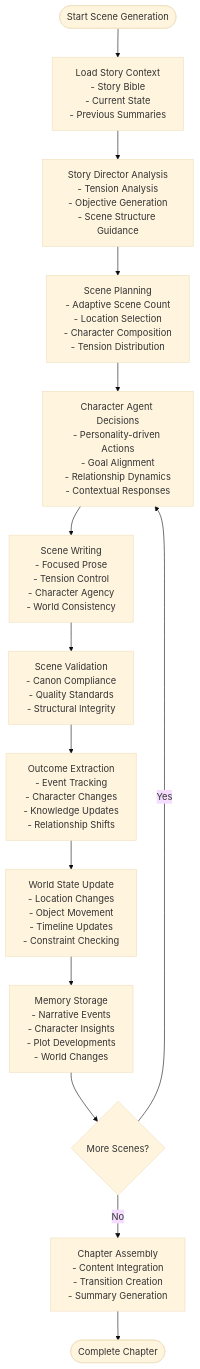
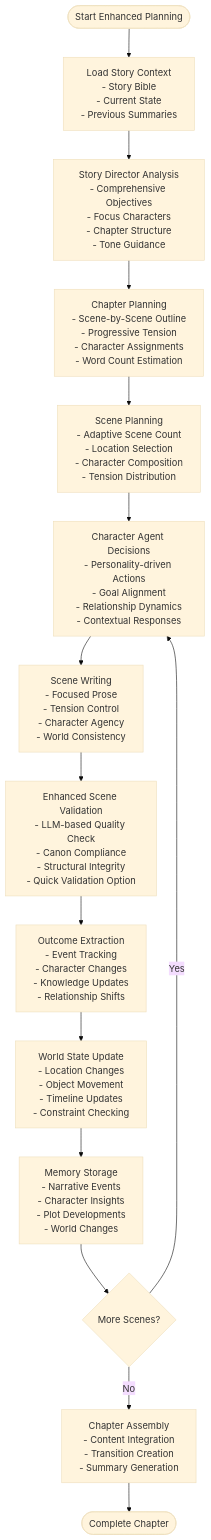
Diagram 11 of 14 in .qoder/repowiki/en/content/AI Agent System/Enhanced Scene Planning System.md (liwonder/NARRITIVE_OS), drawn with Mermaid (base theme) before and after one commit. The commit also changed other lines of this file and 14 other files, not shown here.

First line of the commit message:
docs: update scene planning, writing, and CLI docs

````diff
--- a/.qoder/repowiki/en/content/AI Agent System/Enhanced Scene Planning System.md
+++ b/.qoder/repowiki/en/content/AI Agent System/Enhanced Scene Planning System.md
@@ -352,16 +511,17 @@
 ```mermaid
 flowchart TD
-Start([Start Scene Generation]) --> LoadContext["Load Story Context<br/>- Story Bible<br/>- Current State<br/>- Previous Summaries"]
-LoadContext --> DirectorDirection["Story Director Analysis<br/>- Tension Analysis<br/>- Objective Generation<br/>- Scene Structure Guidance"]
-DirectorDirection --> ScenePlanning["Scene Planning<br/>- Adaptive Scene Count<br/>- Location Selection<br/>- Character Composition<br/>- Tension Distribution"]
+Start([Start Enhanced Planning]) --> LoadContext["Load Story Context<br/>- Story Bible<br/>- Current State<br/>- Previous Summaries"]
+LoadContext --> DirectorDirection["Story Director Analysis<br/>- Comprehensive Objectives<br/>- Focus Characters<br/>- Chapter Structure<br/>- Tone Guidance"]
+DirectorDirection --> ChapterPlanning["Chapter Planning<br/>- Scene-by-Scene Outline<br/>- Progressive Tension<br/>- Character Assignments<br/>- Word Count Estimation"]
+ChapterPlanning --> ScenePlanning["Scene Planning<br/>- Adaptive Scene Count<br/>- Location Selection<br/>- Character Composition<br/>- Tension Distribution"]
 ScenePlanning --> CharacterDecisions["Character Agent Decisions<br/>- Personality-driven Actions<br/>- Goal Alignment<br/>- Relationship Dynamics<br/>- Contextual Responses"]
 CharacterDecisions --> SceneWriting["Scene Writing<br/>- Focused Prose<br/>- Tension Control<br/>- Character Agency<br/>- World Consistency"]
-SceneWriting --> Validation["Scene Validation<br/>- Canon Compliance<br/>- Quality Standards<br/>- Structural Integrity"]
+SceneWriting --> Validation["Enhanced Scene Validation<br/>- LLM-based Quality Check<br/>- Canon Compliance<br/>- Structural Integrity<br/>- Quick Validation Option"]
 Validation --> OutcomeExtraction["Outcome Extraction<br/>- Event Tracking<br/>- Character Changes<br/>- Knowledge Updates<br/>- Relationship Shifts"]
 OutcomeExtraction --> WorldUpdate["World State Update<br/>- Location Changes<br/>- Object Movement<br/>- Timeline Updates<br/>- Constraint Checking"]
 WorldUpdate --> MemoryStore["Memory Storage<br/>- Narrative Events<br/>- Character Insights<br/>- Plot Developments<br/>- World Changes"]
 MemoryStore --> NextScene{"More Scenes?"}
 NextScene --> |Yes| CharacterDecisions
 NextScene --> |No| Assembly["Chapter Assembly<br/>- Content Integration<br/>- Transition Creation<br/>- Summary Generation"]
 Assembly --> End([Complete Chapter])
 ```
````
